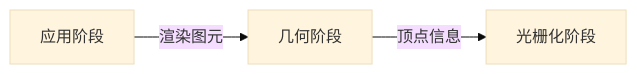
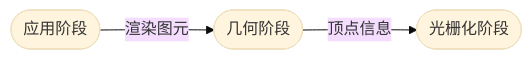
The diagram in 《Unity Shader入门精要》笔记/chapter1 渲染流水线.md (zminit/Notes), drawn with Mermaid (base theme) before and after one commit. The commit also changed other lines of this file and 1 other file, not shown here.

````diff
--- a/《Unity Shader入门精要》笔记/chapter1 渲染流水线.md
+++ b/《Unity Shader入门精要》笔记/chapter1 渲染流水线.md
@@ -3,5 +3,5 @@
 ```mermaid
 graph LR
-    A[应用阶段] --渲染图元--> B[几何阶段] --顶点信息--> C[光栅化阶段]
+    A([应用阶段]) --渲染图元--> B([几何阶段]) --顶点信息--> C([光栅化阶段])
 
 ```
````
